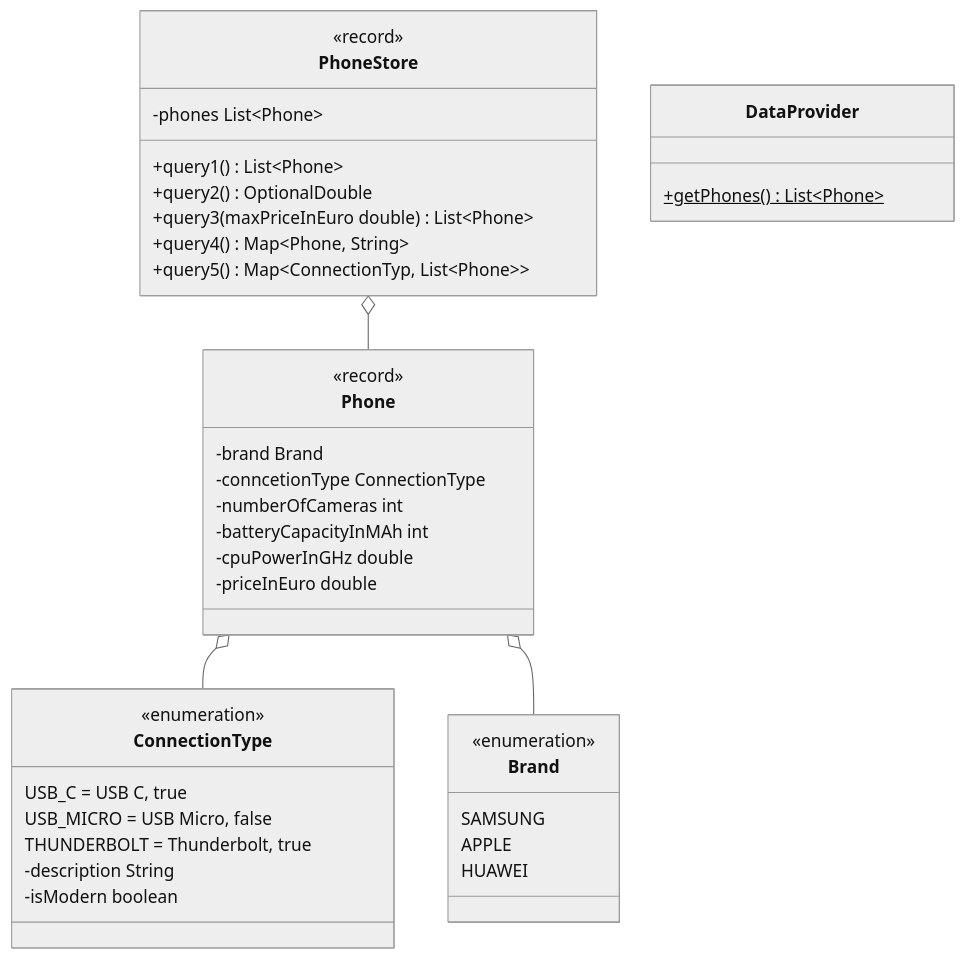
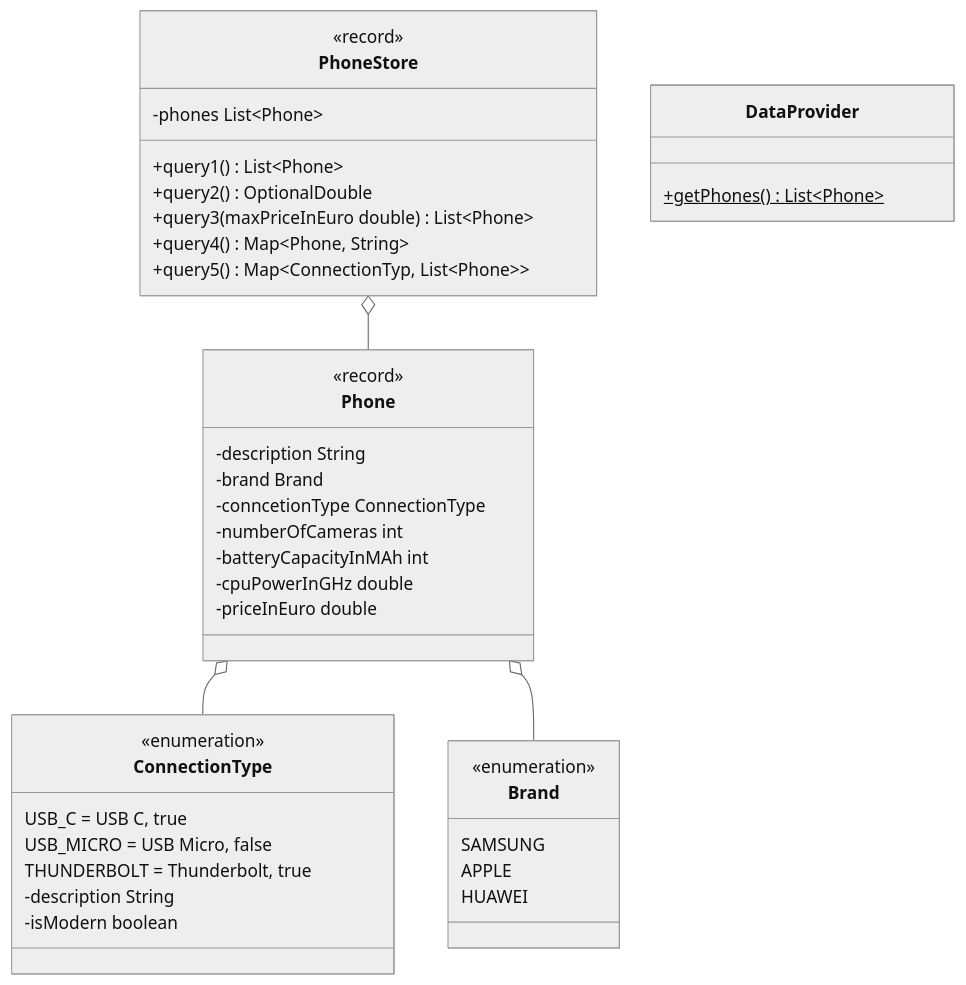
The diagram in docs/exam-exercises/exam-exercises-java2/phone-store.md (jappuccini/java-docs), drawn with Mermaid (neutral theme) before and after one commit.

````diff
--- a/docs/exam-exercises/exam-exercises-java2/phone-store.md
+++ b/docs/exam-exercises/exam-exercises-java2/phone-store.md
@@ -12,46 +12,47 @@
 ```mermaid
 classDiagram
     Phone o-- ConnectionType
     Phone o-- Brand
     PhoneStore o-- Phone
 
     class ConnectionType {
         <<enumeration>>
         USB_C = USB C, true
         USB_MICRO = USB Micro, false
         THUNDERBOLT = Thunderbolt, true
         -description String
         -isModern boolean
     }
 
     class Brand {
         <<enumeration>>
         SAMSUNG
         APPLE
         HUAWEI
     }
 
     class Phone {
         <<record>>
+        -description String
         -brand Brand
         -conncetionType ConnectionType
         -numberOfCameras int
         -batteryCapacityInMAh int
         -cpuPowerInGHz double
         -priceInEuro double
     }
 
     class DataProvider {
         +getPhones()$ List~Phone~
     }
 
     class PhoneStore {
         <<record>>
         -phones List~Phone~
         +query1() List~Phone~
         +query2() OptionalDouble
         +query3(maxPriceInEuro double) List~Phone~
         +query4() Map~Phone&#44&#160String~
         +query5() Map~ConnectionTyp&#44&#160List~Phone~~
     }
 ```
````
